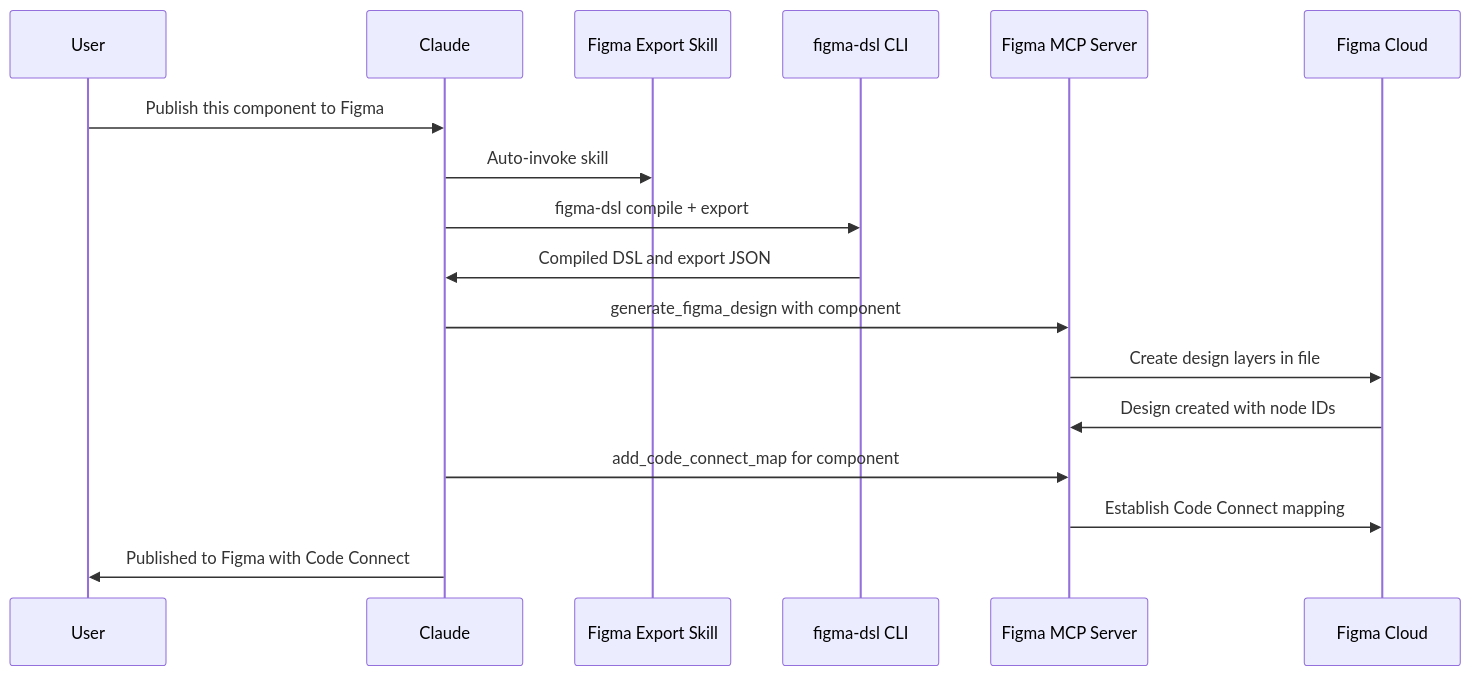
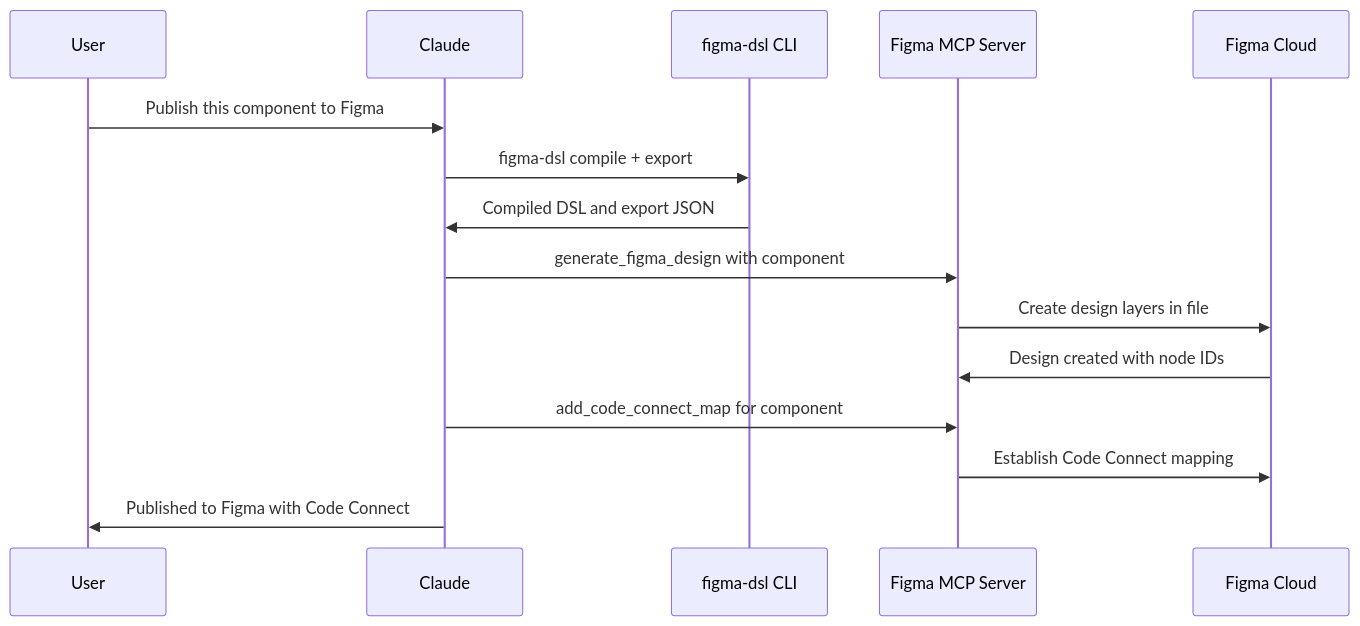
The fifth of 7 diagrams in .kiro/specs/claude-desktop-interactive-workflow/design.md (TETRA2000/figma-component-dsl), drawn with Mermaid before and after one commit. The commit also changed other lines of this file and 3 other files, not shown here.

````diff
--- a/.kiro/specs/claude-desktop-interactive-workflow/design.md
+++ b/.kiro/specs/claude-desktop-interactive-workflow/design.md
@@ -189,20 +215,18 @@
 ```mermaid
 sequenceDiagram
     participant U as User
     participant C as Claude
-    participant S as Figma Export Skill
     participant CLI as figma-dsl CLI
     participant MCP as Figma MCP Server
     participant F as Figma Cloud
 
     U->>C: Publish this component to Figma
-    C->>S: Auto-invoke skill
     C->>CLI: figma-dsl compile + export
     CLI->>C: Compiled DSL and export JSON
     C->>MCP: generate_figma_design with component
     MCP->>F: Create design layers in file
     F->>MCP: Design created with node IDs
     C->>MCP: add_code_connect_map for component
     MCP->>F: Establish Code Connect mapping
     C->>U: Published to Figma with Code Connect
 ```
````
